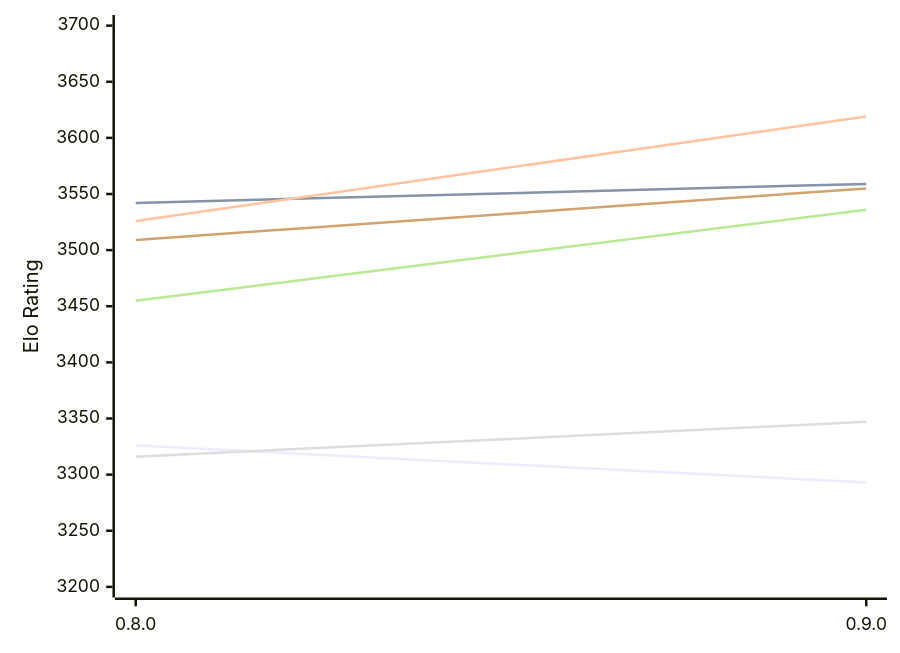
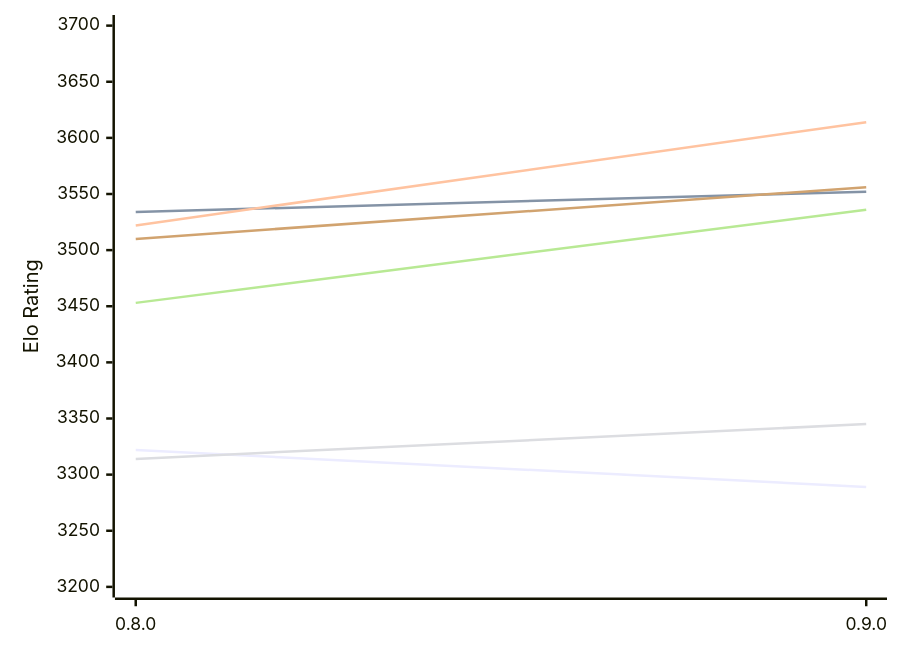
The first of 2 diagrams in engines/Motor.md (computer-chess-index/cci), drawn with Mermaid before and after one commit. The commit also changed other lines of this file, not shown here.

Commit message:
Update CCI Ratings (ELO VLTC) - 2026-11-26

````diff
--- a/engines/Motor.md
+++ b/engines/Motor.md
@@ -51,12 +51,12 @@
 ```mermaid
 %%{init: {"theme":"base","themeVariables":{"seriesColors:['#a3a3a3','#222221','#faa371']}}}%%
 xychart-beta
   x-axis ["0.8.0", "0.9.0"]
   y-axis "Elo Rating" 3200 --> 3700
-  line "E1: STC (8.0+0.08s)" [3326, 3293]
-  line "E1: LTC (60.0+0.60s)" [3542, 3559]
-  line "E1: VLTC (2m24s+1.12s)" [3526, 3619]
-  line "P1: STC (8.0+0.08s)" [3316, 3347]
-  line "P1: LTC (60.0+0.60s)" [3455, 3536]
-  line "P1: VLTC (2m24s+1.12s)" [3509, 3555]
+  line "E1: STC (8.0+0.08s)" [3322, 3289]
+  line "E1: LTC (60.0+0.60s)" [3534, 3552]
+  line "E1: VLTC (2m24s+1.12s)" [3522, 3614]
+  line "P1: STC (8.0+0.08s)" [3314, 3345]
+  line "P1: LTC (60.0+0.60s)" [3453, 3536]
+  line "P1: VLTC (2m24s+1.12s)" [3510, 3556]
 ```
````
